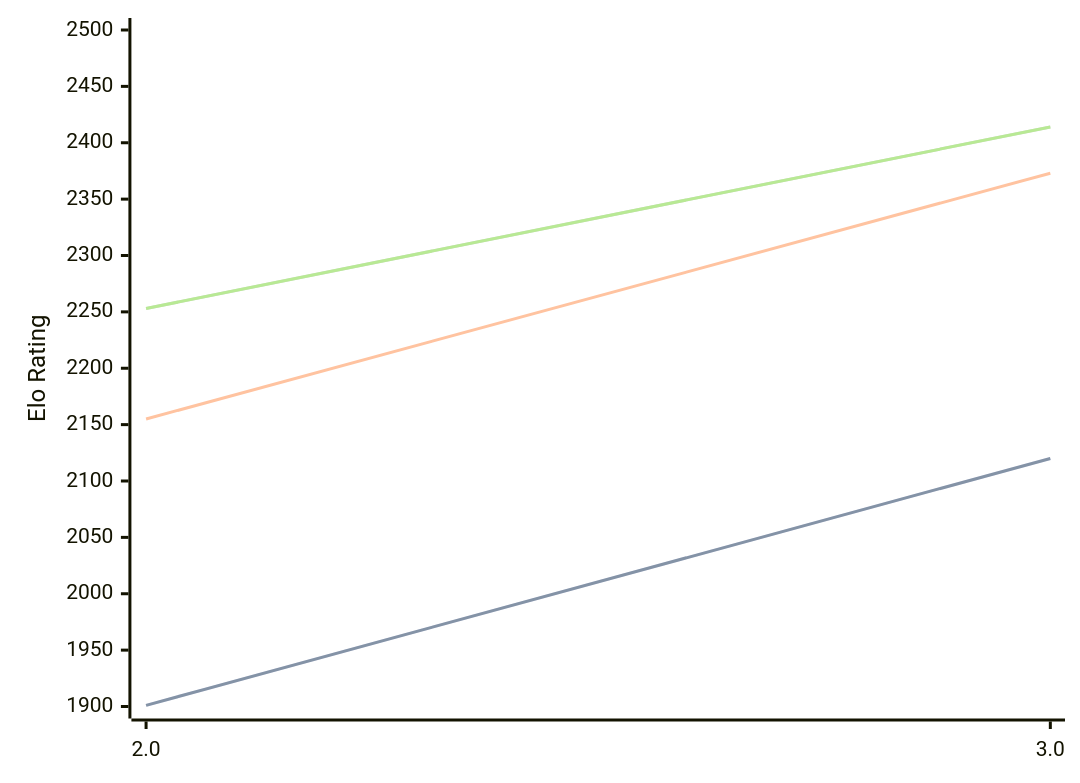
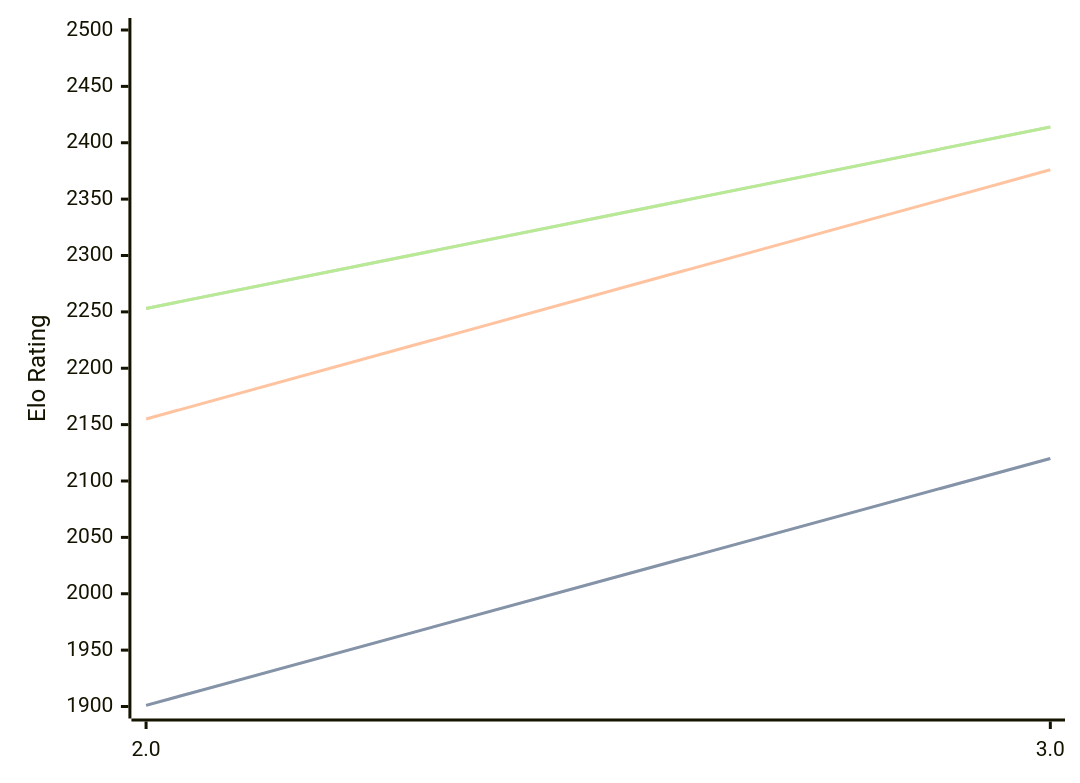
Before and after one commit to computer-chess-index/cci: the diagram in engines/Zeno.md, drawn with Mermaid. The commit also changed other lines of this file, not shown here.

````diff
--- a/engines/Zeno.md
+++ b/engines/Zeno.md
@@ -32,11 +32,11 @@
 ```mermaid
 %%{init: {"theme":"base","themeVariables":{"seriesColors:['#a3a3a3','#222221','#faa371']}}}%%
 xychart-beta
   x-axis ["2.0", "3.0"]
   y-axis "Elo Rating" 1900 --> 2500
   line "" [1901, 2120]
   line "STC (8.0+0.08s)" [1901, 2120]
-  line "LTC (60.0+0.60s)" [2155, 2373]
+  line "LTC (60.0+0.60s)" [2155, 2376]
   line "" [2253, 2414]
   line "VLTC (2m24s+1.12s)" [2253, 2414]
 ```
````
